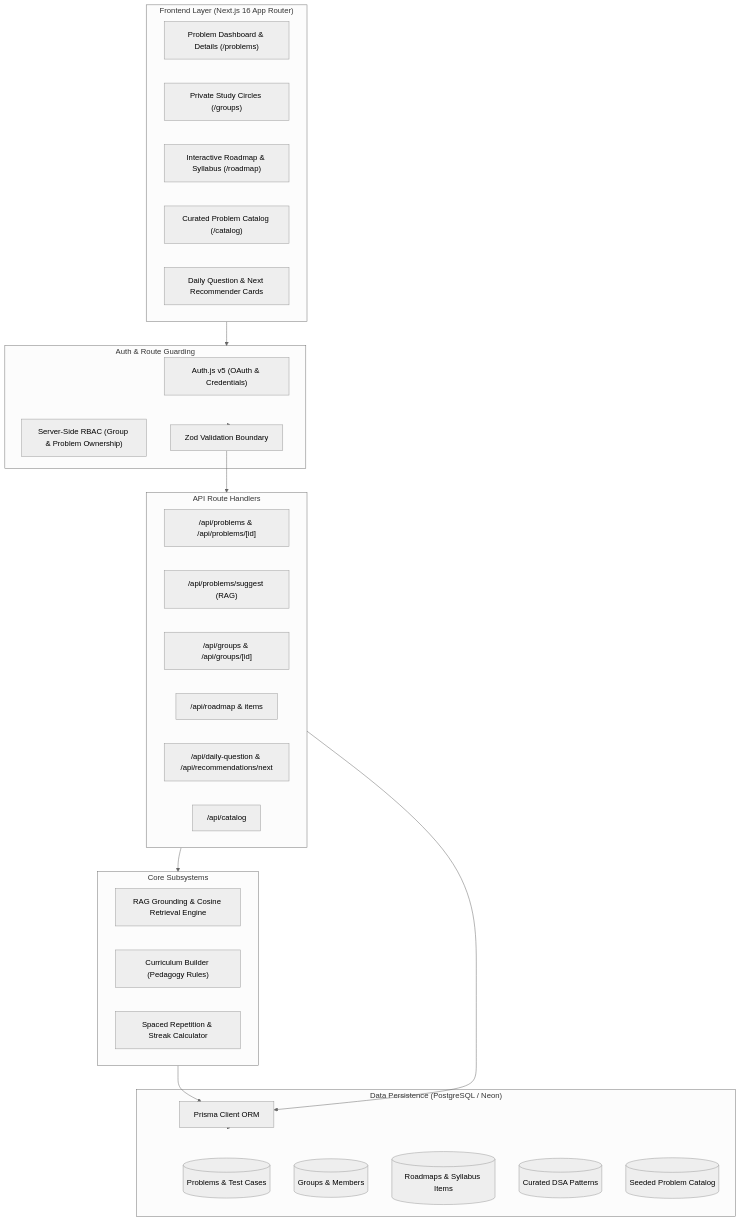
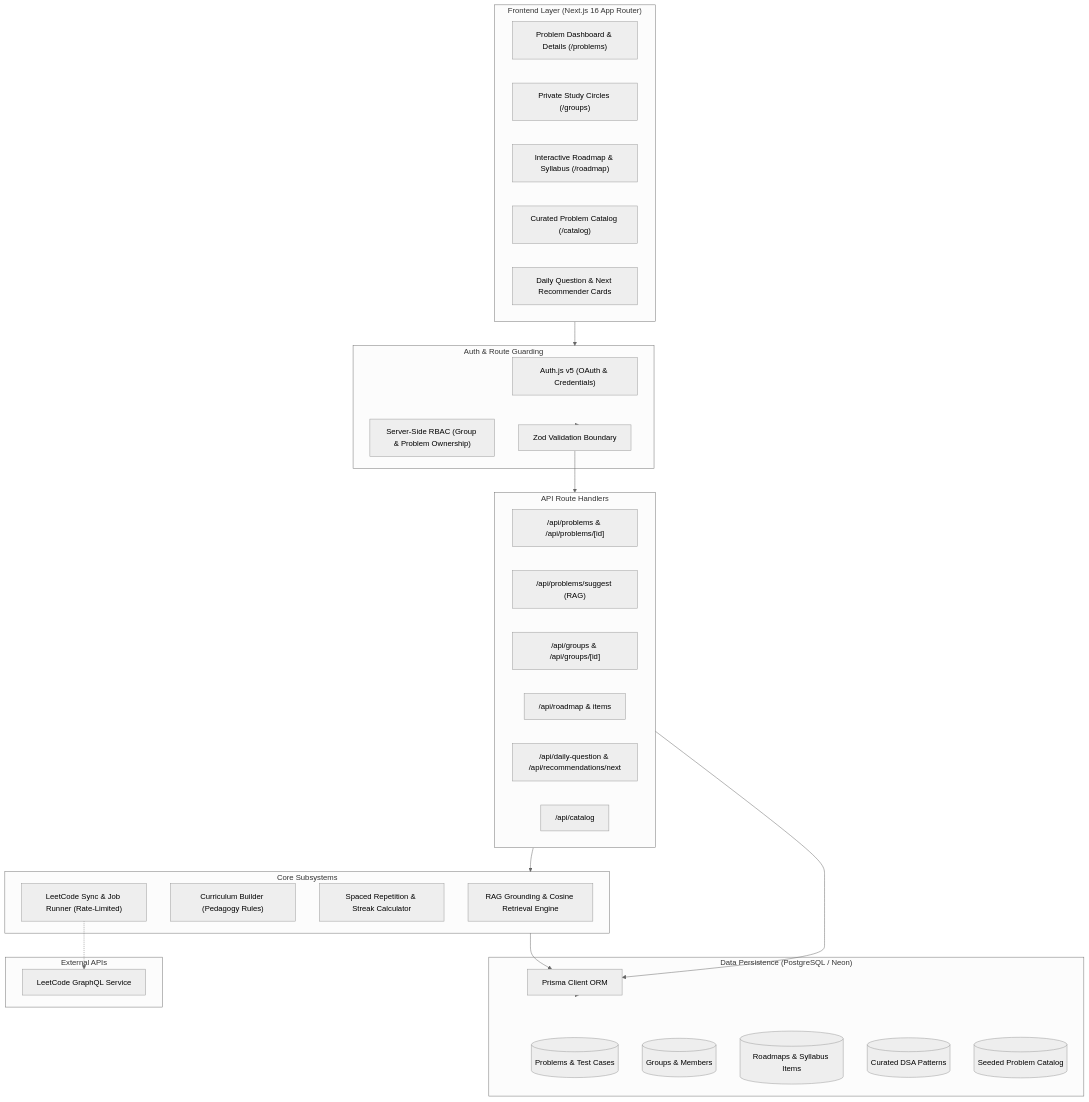
Before and after one commit to hvsrajput/LevelUp: the diagram in README.md, drawn with Mermaid (neutral theme). The commit also changed other lines of this file and 20 other files, not shown here.

````diff
--- a/README.md
+++ b/README.md
@@ -20,48 +20,54 @@
 ```mermaid
 flowchart TD
   subgraph Client["Frontend Layer (Next.js 16 App Router)"]
     UI_Problems["Problem Dashboard & Details (/problems)"]
     UI_Groups["Private Study Circles (/groups)"]
     UI_Roadmap["Interactive Roadmap & Syllabus (/roadmap)"]
     UI_Catalog["Curated Problem Catalog (/catalog)"]
     Widgets["Daily Question & Next Recommender Cards"]
   end
 
   subgraph AuthSecurity["Auth & Route Guarding"]
     NextAuth["Auth.js v5 (OAuth & Credentials)"]
     RBAC["Server-Side RBAC (Group & Problem Ownership)"]
     ZodValidation["Zod Validation Boundary"]
   end
 
   subgraph APIRoutes["API Route Handlers"]
     API_Problems["/api/problems & /api/problems/[id]"]
     API_Suggest["/api/problems/suggest (RAG)"]
     API_Groups["/api/groups & /api/groups/[id]"]
     API_Roadmap["/api/roadmap & items"]
     API_Daily["/api/daily-question & /api/recommendations/next"]
     API_Catalog["/api/catalog"]
   end
 
   subgraph CoreEngines["Core Subsystems"]
     RAG_Engine["RAG Grounding & Cosine Retrieval Engine"]
     Roadmap_Engine["Curriculum Builder (Pedagogy Rules)"]
     Spaced_Repetition["Spaced Repetition & Streak Calculator"]
+    LeetCode_Engine["LeetCode Sync & Job Runner (Rate-Limited)"]
   end
 
   subgraph DatabaseLayer["Data Persistence (PostgreSQL / Neon)"]
     PrismaORM["Prisma Client ORM"]
     DB_Problems[("Problems & Test Cases")]
     DB_Groups[("Groups & Members")]
     DB_Roadmaps[("Roadmaps & Syllabus Items")]
     DB_Patterns[("Curated DSA Patterns")]
     DB_Catalog[("Seeded Problem Catalog")]
   end
 
+  subgraph ExternalServices["External APIs"]
+    LeetCode_API["LeetCode GraphQL Service"]
+  end
+
   Client --> AuthSecurity
   AuthSecurity --> ZodValidation
   ZodValidation --> APIRoutes
   APIRoutes --> CoreEngines
   CoreEngines --> PrismaORM
   APIRoutes --> PrismaORM
+  LeetCode_Engine -.-> LeetCode_API
   PrismaORM --> DatabaseLayer
 ```
````
